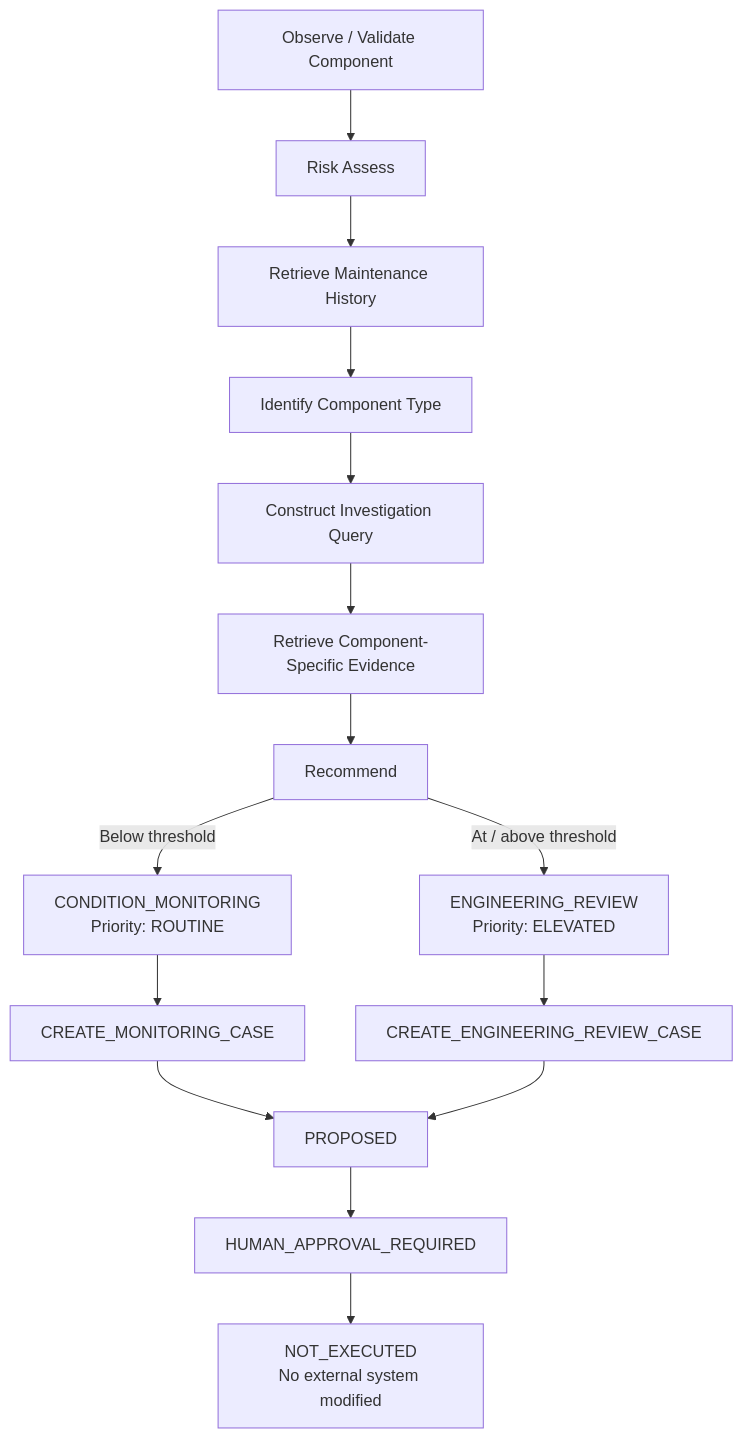
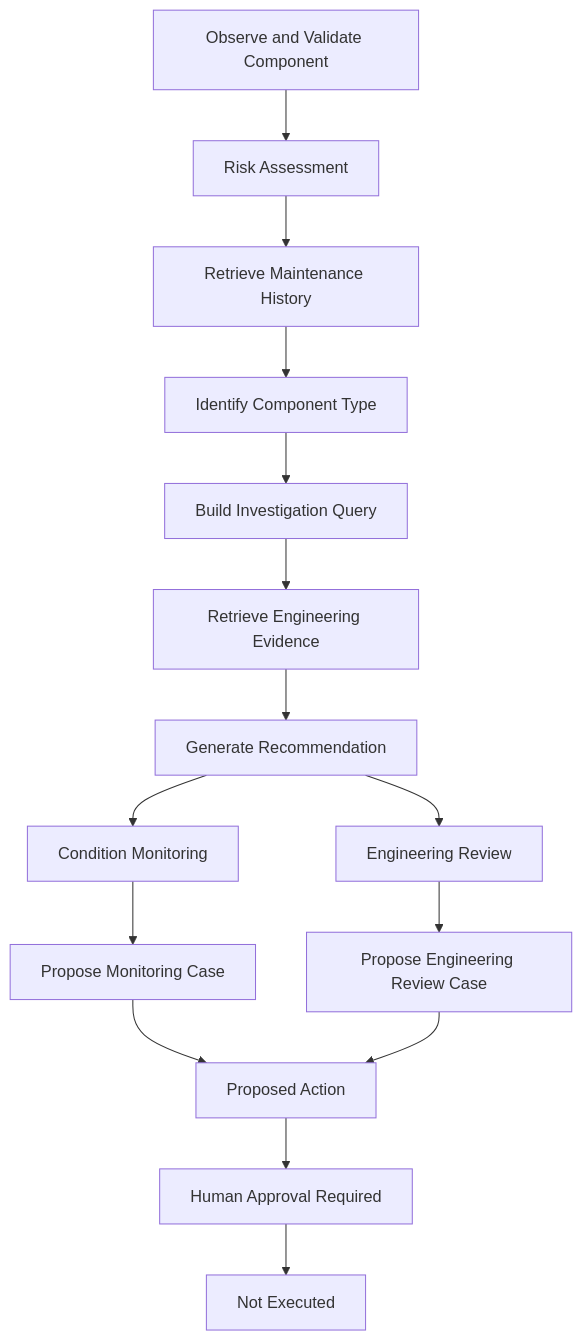
One commit to orcunku/aeromaintain-ai changed the second of 3 diagrams in README.md. Above: the diagram before and after it, drawn with Mermaid. The commit also changed other lines of this file, not shown here.

Commit message:
Fix GitHub Mermaid agent diagram

````diff
--- a/README.md
+++ b/README.md
@@ -506,20 +506,20 @@
 ```mermaid
 flowchart TD
-    A["Observe / Validate Component"] --> B["Risk Assess"]
-    B --> C["Retrieve Maintenance History"]
-    C --> D["Identify Component Type"]
-    D --> E["Construct Investigation Query"]
-    E --> F["Retrieve Component-Specific Evidence"]
-    F --> G["Recommend"]
+    A[Observe and Validate Component] --> B[Risk Assessment]
+    B --> C[Retrieve Maintenance History]
+    C --> D[Identify Component Type]
+    D --> E[Build Investigation Query]
+    E --> F[Retrieve Engineering Evidence]
+    F --> G[Generate Recommendation]
 
-    G -->|Below threshold| H["CONDITION_MONITORING<br/>Priority: ROUTINE"]
-    G -->|At / above threshold| I["ENGINEERING_REVIEW<br/>Priority: ELEVATED"]
+    G --> H[Condition Monitoring]
+    G --> I[Engineering Review]
 
-    H --> J["CREATE_MONITORING_CASE"]
-    I --> K["CREATE_ENGINEERING_REVIEW_CASE"]
+    H --> J[Propose Monitoring Case]
+    I --> K[Propose Engineering Review Case]
 
-    J --> L["PROPOSED"]
+    J --> L[Proposed Action]
     K --> L
-    L --> M["HUMAN_APPROVAL_REQUIRED"]
-    M --> N["NOT_EXECUTED<br/>No external system modified"]
+    L --> M[Human Approval Required]
+    M --> N[Not Executed]
 ```
````
